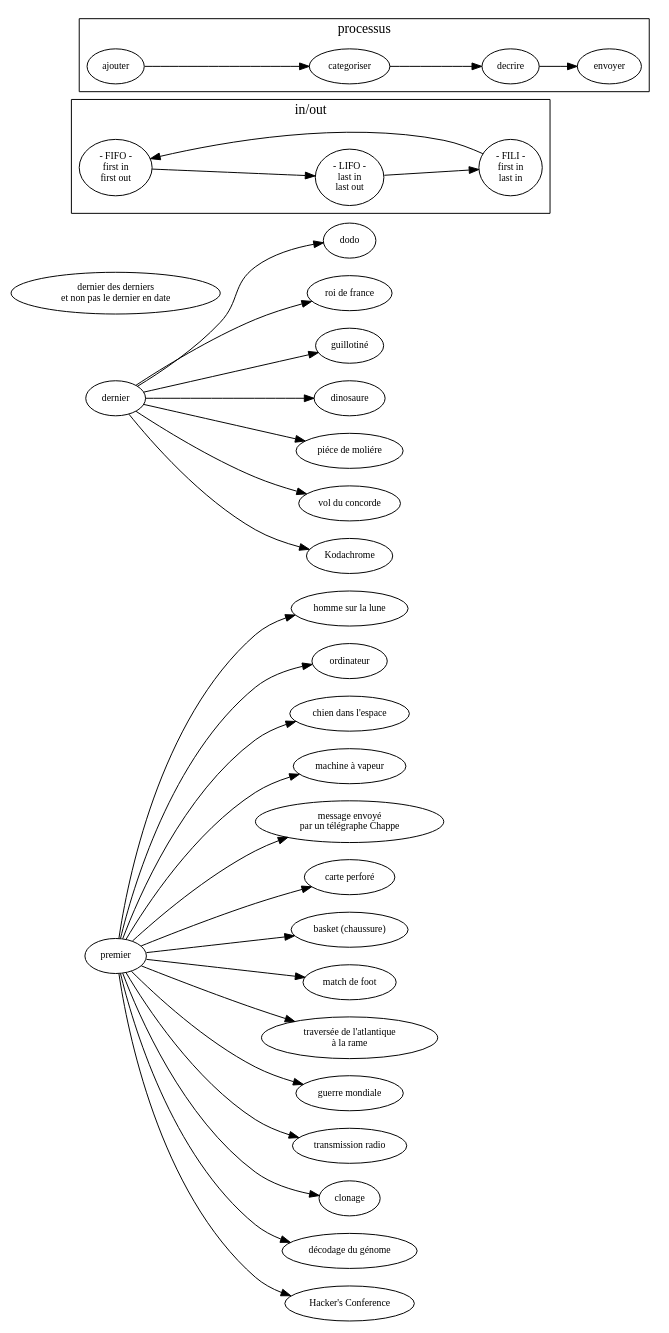
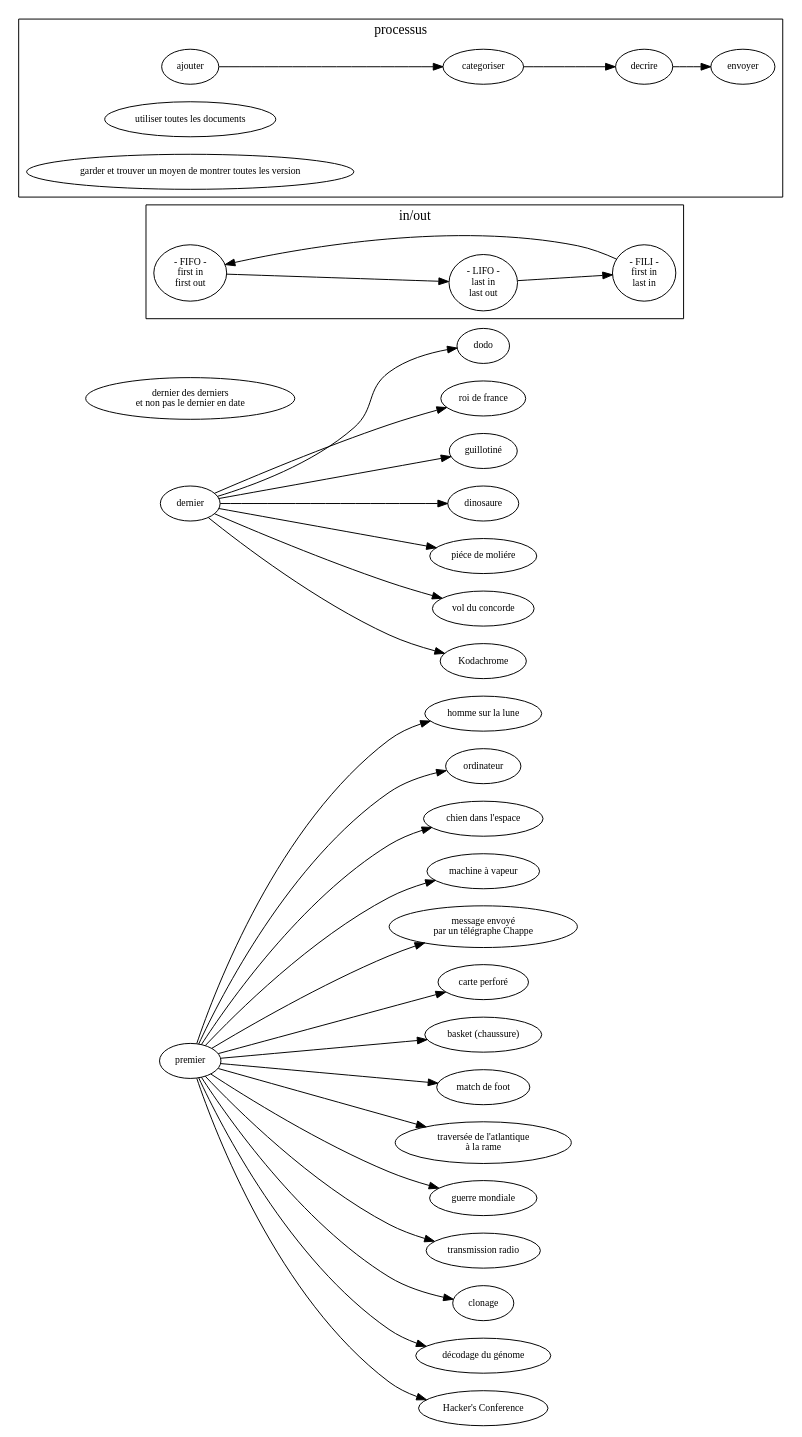
One commit to ensad-nancy/first-last changed the diagram in sujet.dot. Above: the diagram before and after it, drawn with Graphviz.

Commit message:
+		"utiliser toutes les documents" +		"garder et trouver un moyen de montrer toutes les version"

```diff
--- a/sujet.dot
+++ b/sujet.dot
@@ -1,65 +1,67 @@
 digraph {
 
 	layout= "dot"
 	
 
 	fontname="myriadpro"
 	fontsize = 14
 	rankdir="LR"
 	
 	
 	node [fontname="myriadpro", fontsize = 10]
 	edge [fontname="monaco", fontsize = 9]
 	
 	first [label="premier"]
 	last [label="dernier"]
 	
 	"dernier des derniers\n et non pas le dernier en date" 
 
 	first -> "homme sur la lune"
 	first -> "ordinateur"
 	first -> "chien dans l'espace"
 	first -> "machine à vapeur"
 	first -> "message envoyé\npar un télégraphe Chappe"
 	first -> "carte perforé"
 	first -> "basket (chaussure)"
 	first -> "match de foot"
 	first -> "traversée de l'atlantique\nà la rame"
 	first -> "guerre mondiale"
 	first -> "transmission radio"
 	first -> "clonage"
 	first -> "décodage du génome"
 	first -> "Hacker's Conference"
 	
 	last -> dodo
 	last -> "roi de france"
 	last -> "guillotiné"
 	last -> "dinosaure"
 	last -> "piéce de moliére"
 	last -> "vol du concorde"
 	last -> "Kodachrome"
 
 	subgraph cluster_FO{
 	
 		label="in/out"
 		
 		FIFO [label="- FIFO -\nfirst in\nfirst out"]
 		LIFO [label="- LIFO -\nlast in\nlast out"]
 		FILI [label="- FILI -\nfirst in\n last in"]
 
 		FILI -> FIFO -> LIFO -> FILI
 	}
 	
 	subgraph cluster_process {
 		
 		label="processus"
 		
 		//get [label="récolter"]
 		
 		ajouter -> categoriser -> decrire -> envoyer
 		
+		"utiliser toutes les documents"
+		"garder et trouver un moyen de montrer toutes les version"
 		
 	
 	}
 	
 }
```
